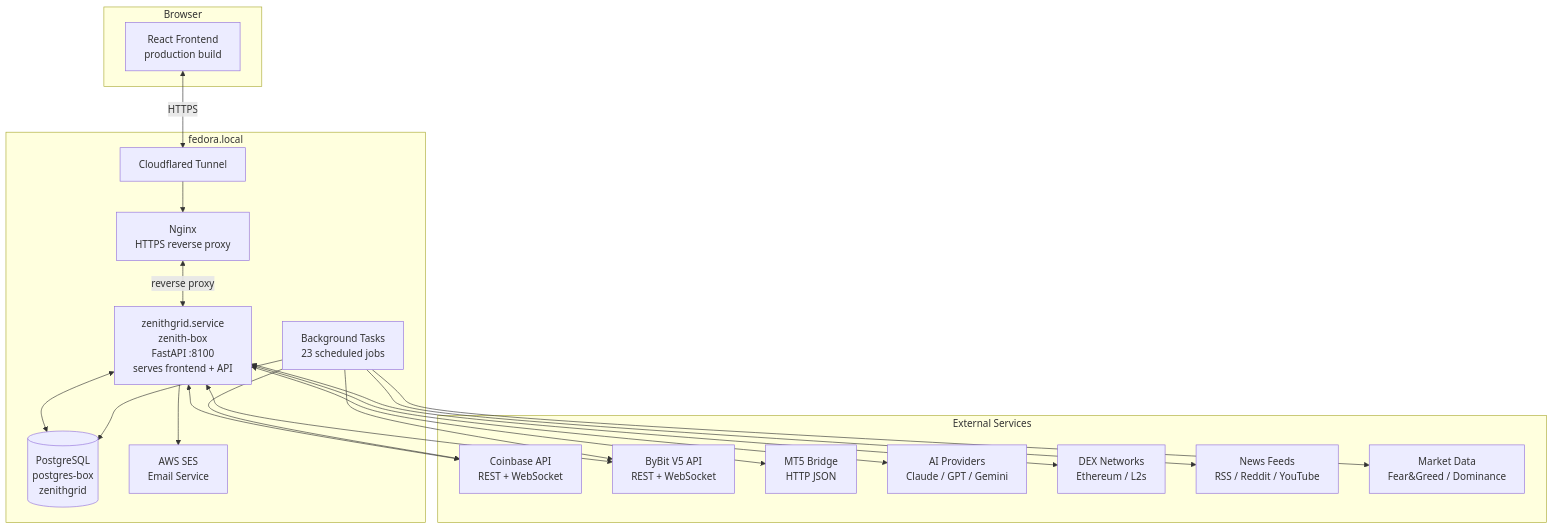
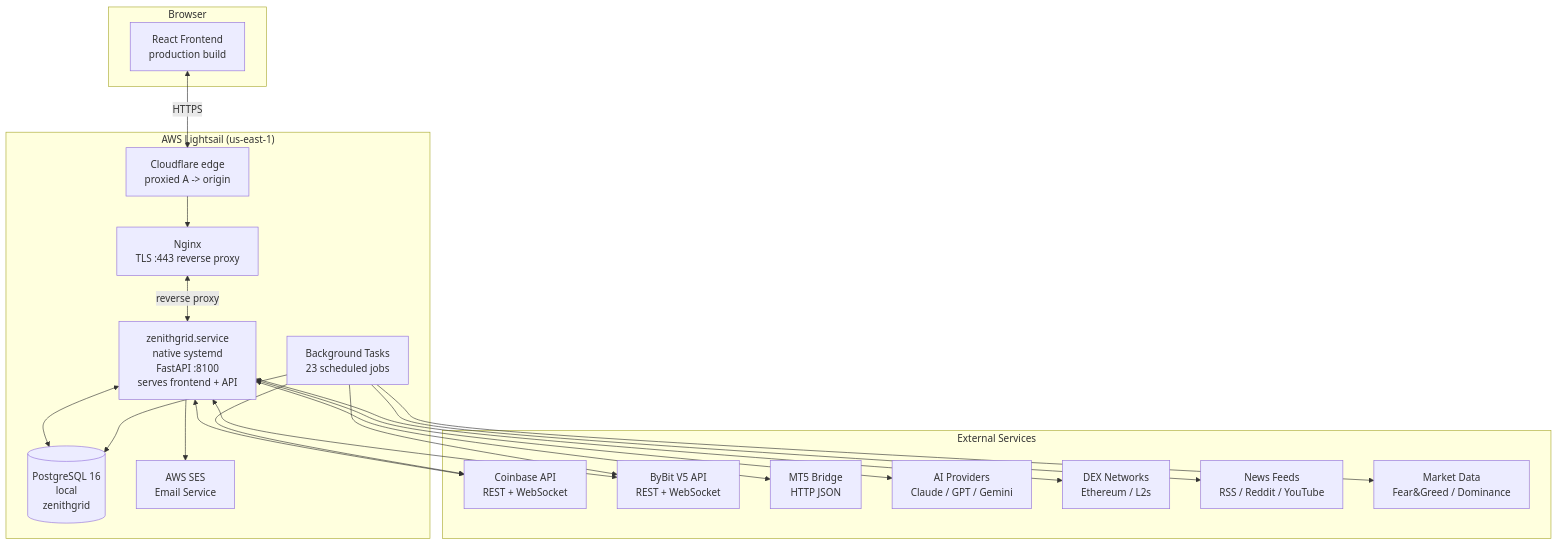
The first of 5 diagrams in docs/ARCHITECTURE.md (lromero74/ZenithGrid), drawn with Mermaid before and after one commit. The commit also changed other lines of this file and 9 other files, not shown here.

First line of the commit message:
docs: reflect ZenithGrid prod migration fedora.local -> AWS Lightsail

````diff
--- a/docs/ARCHITECTURE.md
+++ b/docs/ARCHITECTURE.md
@@ -31,41 +31,41 @@
 ```mermaid
 graph TB
     subgraph Browser
         FE[React Frontend<br/>production build]
     end
 
-    subgraph "fedora.local"
-        CF[Cloudflared Tunnel]
-        NGX[Nginx<br/>HTTPS reverse proxy]
-        BE[zenithgrid.service<br/>zenith-box<br/>FastAPI :8100<br/>serves frontend + API]
-        DB[(PostgreSQL<br/>postgres-box<br/>zenithgrid)]
+    subgraph "AWS Lightsail (us-east-1)"
+        CF[Cloudflare edge<br/>proxied A -> origin]
+        NGX[Nginx<br/>TLS :443 reverse proxy]
+        BE[zenithgrid.service<br/>native systemd<br/>FastAPI :8100<br/>serves frontend + API]
+        DB[(PostgreSQL 16<br/>local<br/>zenithgrid)]
         BG[Background Tasks<br/>23 scheduled jobs]
         SES[AWS SES<br/>Email Service]
     end
 
     subgraph "External Services"
         CB[Coinbase API<br/>REST + WebSocket]
         BB[ByBit V5 API<br/>REST + WebSocket]
         MT5[MT5 Bridge<br/>HTTP JSON]
         AI[AI Providers<br/>Claude / GPT / Gemini]
         DEX[DEX Networks<br/>Ethereum / L2s]
         NEWS[News Feeds<br/>RSS / Reddit / YouTube]
         MKT[Market Data<br/>Fear&Greed / Dominance]
     end
 
     FE <-->|HTTPS| CF
     CF --> NGX
     NGX <-->|reverse proxy| BE
     BE <--> DB
     BG --> DB
     BE <--> CB
     BE <--> BB
     BE <--> MT5
     BE <--> AI
     BE <--> DEX
     BG --> NEWS
     BG --> MKT
     BG --> CB
     BG --> BB
     BE --> SES
 ```
````
